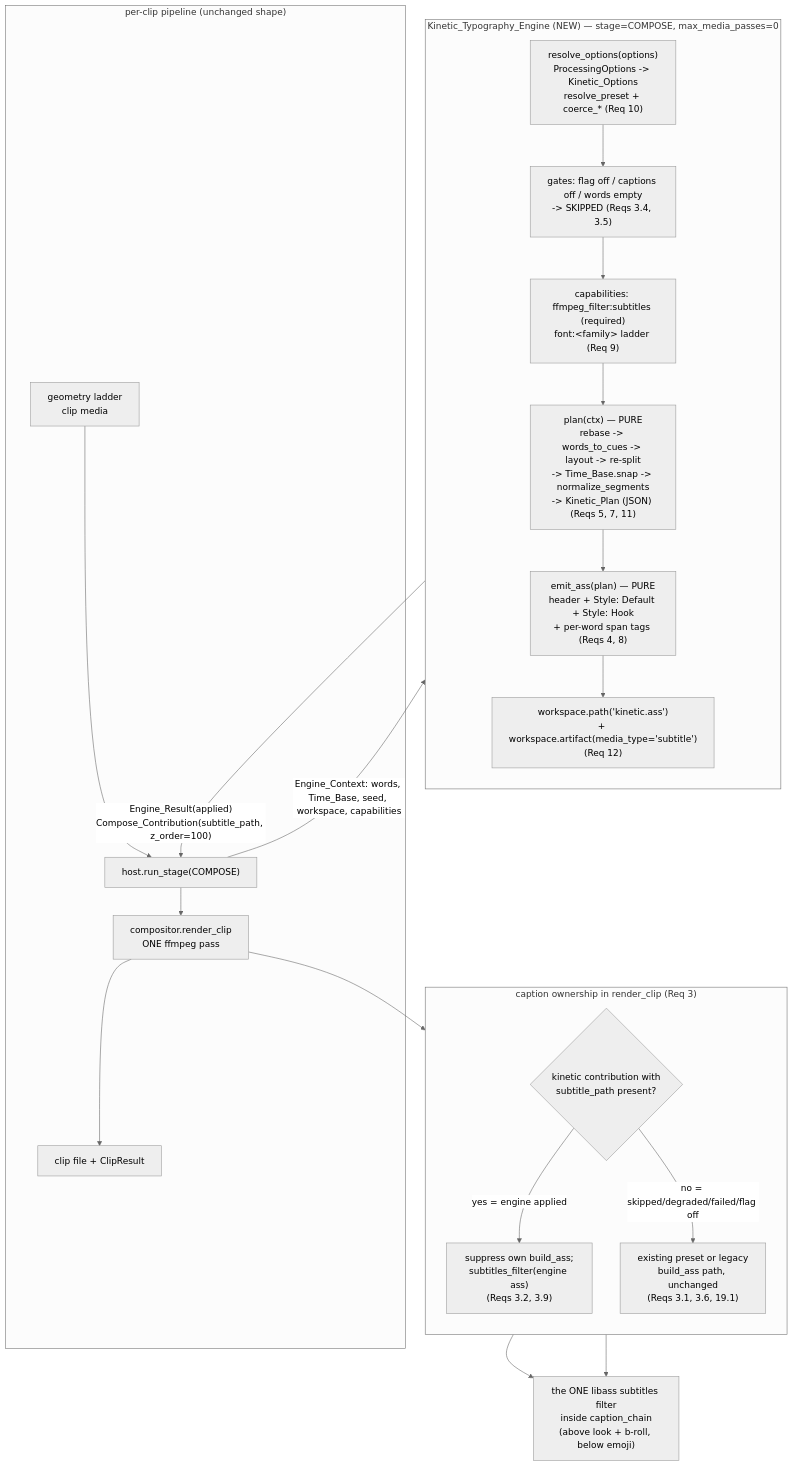
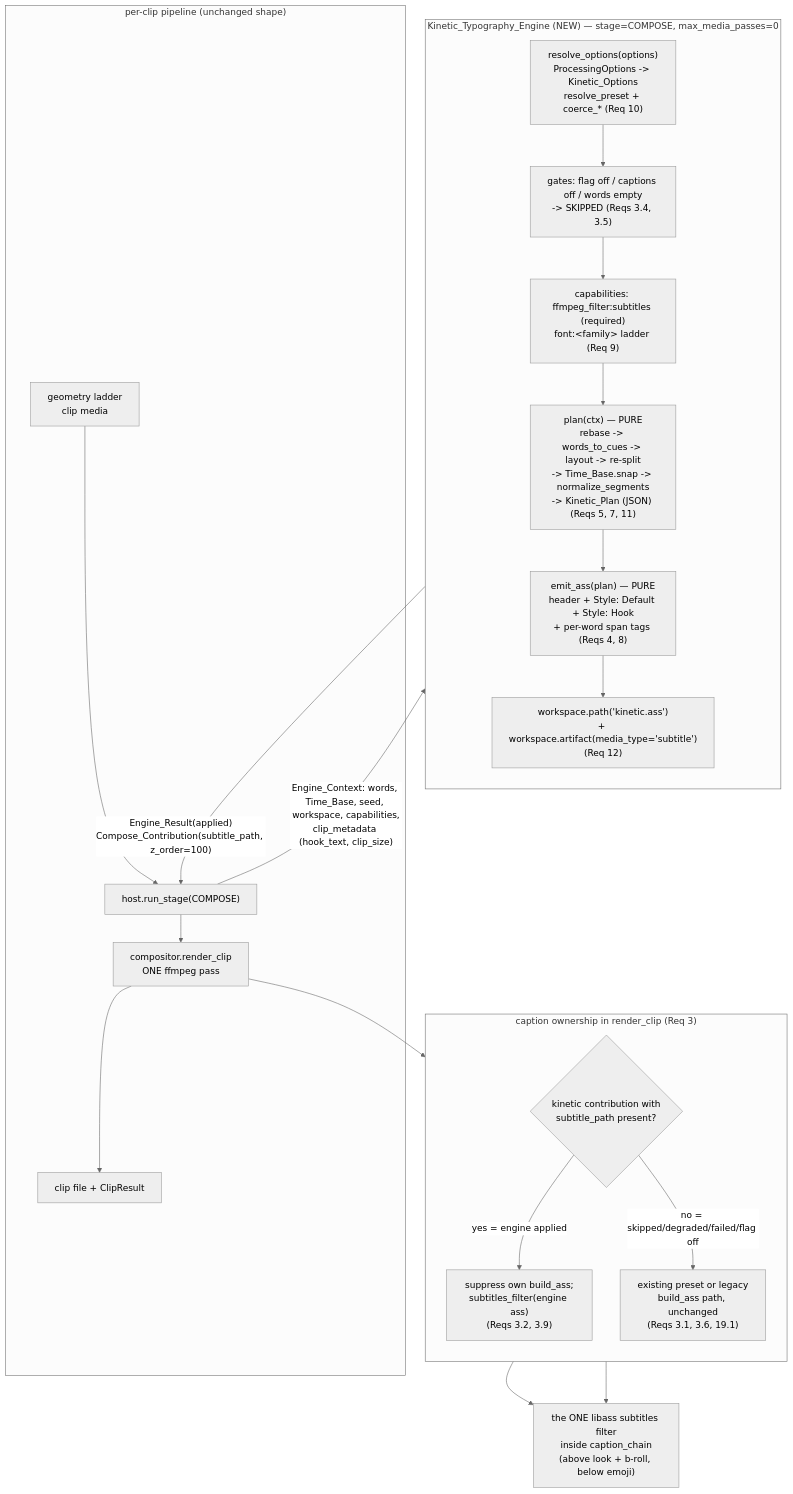
One commit to skullmanhell1/Clipping-Tool changed the diagram in .kiro/specs/kinetic-typography/design.md. Above: the diagram before and after it, drawn with Mermaid (neutral theme). The commit also changed other lines of this file and 4 other files, not shown here.

Commit message:
docs(specs): add the Clip_Metadata seam and fix caption ownership gaps

````diff
--- a/.kiro/specs/kinetic-typography/design.md
+++ b/.kiro/specs/kinetic-typography/design.md
@@ -86,33 +109,33 @@
 ```mermaid
 flowchart TD
     subgraph clip["per-clip pipeline (unchanged shape)"]
         GEO["geometry ladder<br/>clip media"] --> HC
         HC["host.run_stage(COMPOSE)"] --> RC["compositor.render_clip<br/>ONE ffmpeg pass"]
         RC --> FIN["clip file + ClipResult"]
     end
 
     subgraph eng["Kinetic_Typography_Engine (NEW) — stage=COMPOSE, max_media_passes=0"]
         direction TB
         RO["resolve_options(options)<br/>ProcessingOptions -> Kinetic_Options<br/>resolve_preset + coerce_* (Req 10)"]
         GATE["gates: flag off / captions off / words empty<br/>-> SKIPPED (Reqs 3.4, 3.5)"]
         CAP["capabilities: ffmpeg_filter:subtitles (required)<br/>font:&lt;family&gt; ladder (Req 9)"]
         PLAN["plan(ctx) — PURE<br/>rebase -> words_to_cues -> layout -> re-split<br/>-> Time_Base.snap -> normalize_segments<br/>-> Kinetic_Plan (JSON) (Reqs 5, 7, 11)"]
         EMIT["emit_ass(plan) — PURE<br/>header + Style: Default + Style: Hook<br/>+ per-word span tags (Reqs 4, 8)"]
         WS["workspace.path('kinetic.ass')<br/>+ workspace.artifact(media_type='subtitle')<br/>(Req 12)"]
         RO --> GATE --> CAP --> PLAN --> EMIT --> WS
     end
 
-    HC -->|Engine_Context: words, Time_Base, seed, workspace, capabilities| eng
+    HC -->|"Engine_Context: words, Time_Base, seed, workspace, capabilities,<br/>clip_metadata (hook_text, clip_size)"| eng
     WS -->|"Engine_Result(applied)<br/>Compose_Contribution(subtitle_path, z_order=100)"| HC
 
     subgraph own["caption ownership in render_clip (Req 3)"]
         direction TB
         Q{"kinetic contribution with<br/>subtitle_path present?"}
         Q -->|"yes = engine applied"| A["suppress own build_ass;<br/>subtitles_filter(engine ass)<br/>(Reqs 3.2, 3.9)"]
         Q -->|"no = skipped/degraded/failed/flag off"| B["existing preset or legacy<br/>build_ass path, unchanged<br/>(Reqs 3.1, 3.6, 19.1)"]
     end
 
     RC --> own
     A --> SLOT["the ONE libass subtitles filter<br/>inside caption_chain<br/>(above look + b-roll, below emoji)"]
     B --> SLOT
 ```
````
